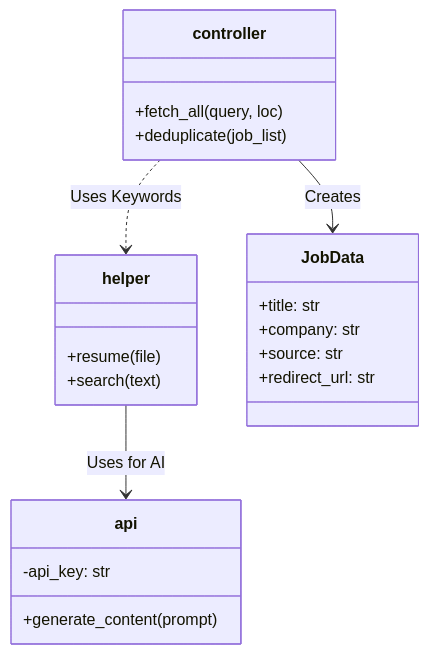
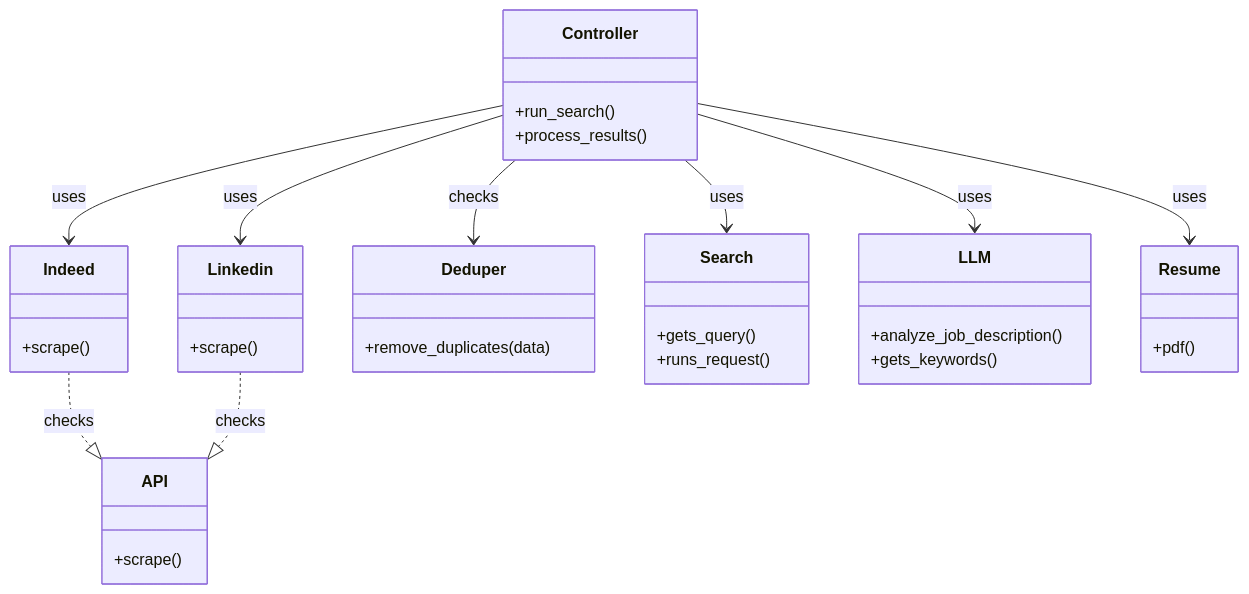
Before and after one commit to yashsingh3968/jobfinder: the diagram in design/component-class-diagram.md, drawn with Mermaid. The commit also changed 4 other files, not shown here.

````diff
--- a/design/component-class-diagram.md
+++ b/design/component-class-diagram.md
@@ -1,25 +1,48 @@
 ```mermaid
 classDiagram
-    class helper {
-        +resume(file)
-        +search(text)
-    }
-    class controller {
-        +fetch_all(query, loc)
-        +deduplicate(job_list)
-    }
-    class api {
-        -api_key: str
-        +generate_content(prompt)
-    }
-    class JobData {
-        +title: str
-        +company: str
-        +source: str
-        +redirect_url: str
+    class Controller {
+        +run_search()
+        +process_results()
     }
 
-    helper --> api : Uses for AI
-    controller --> JobData : Creates
-    controller ..> helper : Uses Keywords
+    class API {
+        +scrape()
+    }
+
+    class Indeed {
+        +scrape()
+    }
+
+    class Linkedin {
+        +scrape()
+    }
+
+    class Deduper {
+        +remove_duplicates(data)
+    }
+
+    class Search {
+        +gets_query()
+        +runs_request()
+    }
+
+    class LLM {
+        +analyze_job_description()
+        +gets_keywords()
+    }
+
+    class Resume {
+        +pdf()
+    }
+
+    %% Relationships
+    Controller --> Indeed : uses
+    Controller --> Linkedin : uses
+    Controller --> Deduper : checks
+    Indeed ..|> API : checks
+    Linkedin ..|> API : checks
+    
+    Controller --> Search : uses
+    Controller --> LLM : uses
+    Controller --> Resume : uses
 ```
````
